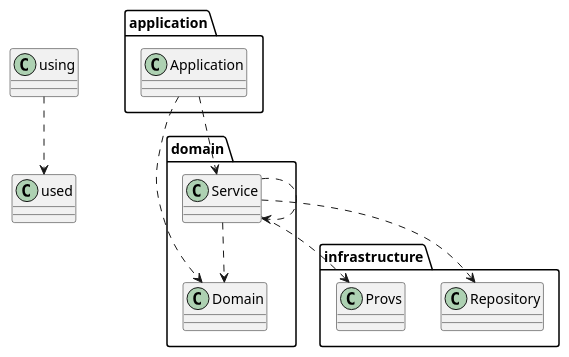
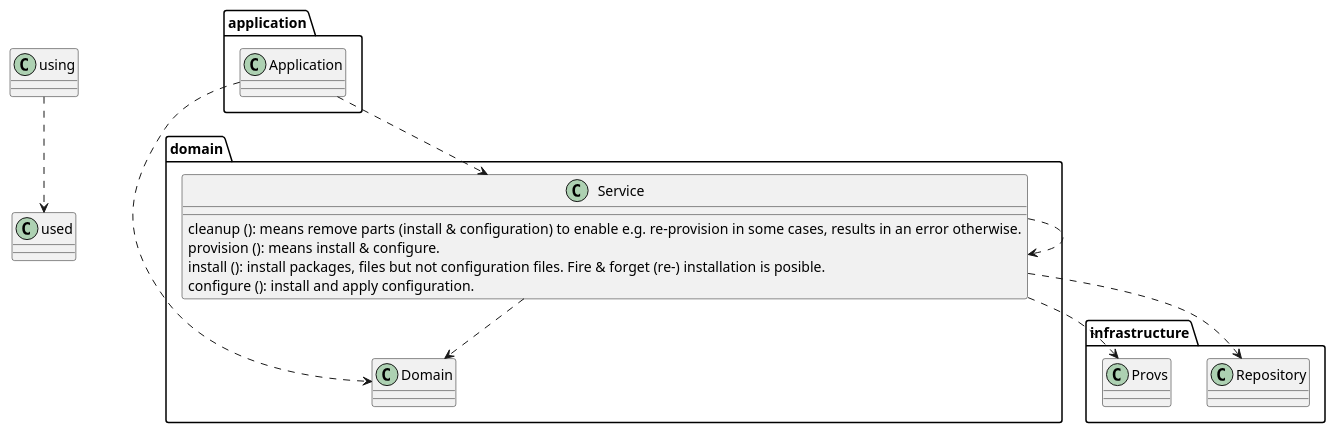
Before and after one commit to DomainDrivenArchitecture/provs: the second of 2 diagrams in doc/ProvsArchitecture.md, drawn with PlantUML.

Commit message:
defined verbs for provs domain

````diff
--- a/doc/ProvsArchitecture.md
+++ b/doc/ProvsArchitecture.md
@@ -26,27 +26,32 @@
 ```plantuml
 @startuml
 'https://plantuml.com/class-diagram
 
 package application {
     class Application
 }
 
 package domain {
-    class Service
+    class Service {
+      cleanup (): means remove parts (install & configuration) to enable e.g. re-provision in some cases, results in an error otherwise.
+      provision (): means install & configure.
+      install (): install packages, files but not configuration files. Fire & forget (re-) installation is posible.
+      configure (): install and apply configuration.
+    }
     class Domain
 }
 Application ..> Service
 Application ..> Domain
 
 package infrastructure {
     class Repository
     class Provs
 }
 Service ..> Domain
 Service ..> Service
 Service ..> Repository
 Service ..> Provs
 
 using ..> used
 @enduml
 ```
````
